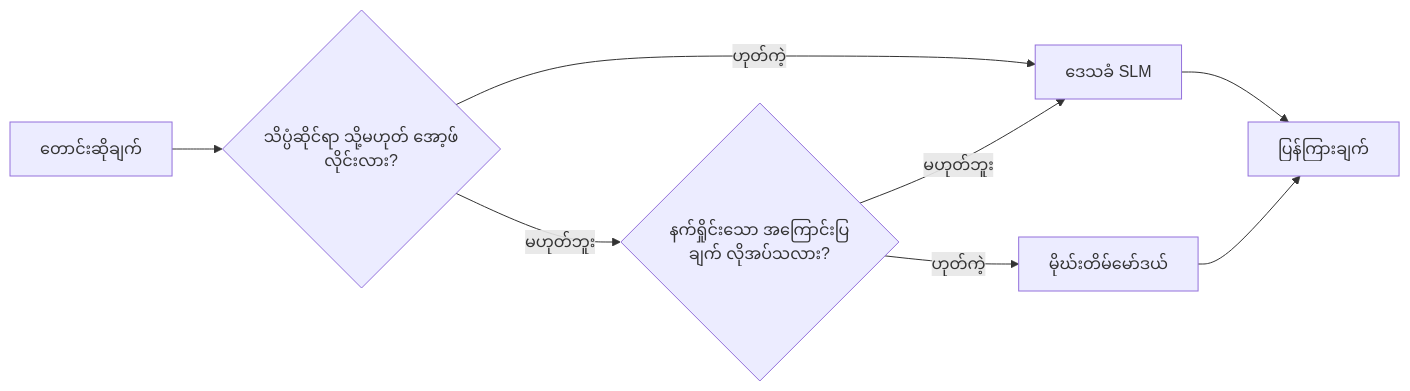
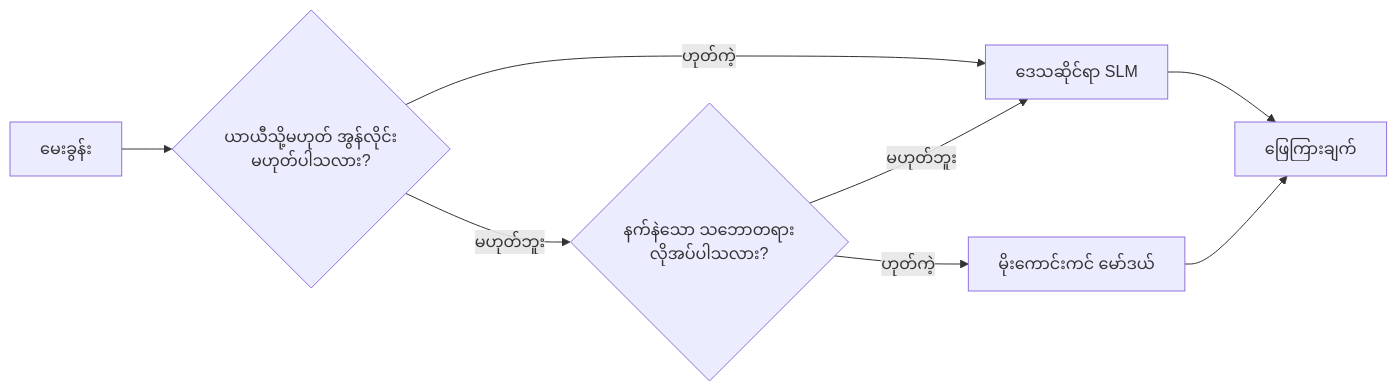
Before and after one commit to microsoft/ai-agents-for-beginners: the fourth of 4 diagrams in translations/my/17-creating-local-ai-agents/README.md, drawn with Mermaid. The commit also changed other lines of this file and 45 other files, not shown here.

````diff
--- a/translations/my/17-creating-local-ai-agents/README.md
+++ b/translations/my/17-creating-local-ai-agents/README.md
@@ -156,10 +156,10 @@
 ```mermaid
 flowchart LR
-    Q[တောင်းဆိုချက်] --> S{သိပ္ပံဆိုင်ရာ သို့မဟုတ် အော့ဖ်လိုင်းလား?}
-    S -->|ဟုတ်ကဲ့| L[ဒေသခံ SLM]
-    S -->|မဟုတ်ဘူး| C{နက်ရှိုင်းသော အကြောင်းပြချက် လိုအပ်သလား?}
+    Q[မေးခွန်း] --> S{ယာယီသို့မဟုတ် အွန်လိုင်းမဟုတ်ပါသလား?}
+    S -->|ဟုတ်ကဲ့| L[ဒေသဆိုင်ရာ SLM]
+    S -->|မဟုတ်ဘူး| C{နက်နဲသော သဘောတရားလိုအပ်ပါသလား?}
     C -->|မဟုတ်ဘူး| L
-    C -->|ဟုတ်ကဲ့| Cloud[မိုဃ်းတိမ်မော်ဒယ်]
-    L --> Out[ပြန်ကြားချက်]
+    C -->|ဟုတ်ကဲ့| Cloud[မိုးကောင်းကင် မော်ဒယ်]
+    L --> Out[ဖြေကြားချက်]
     Cloud --> Out
 ```
````
